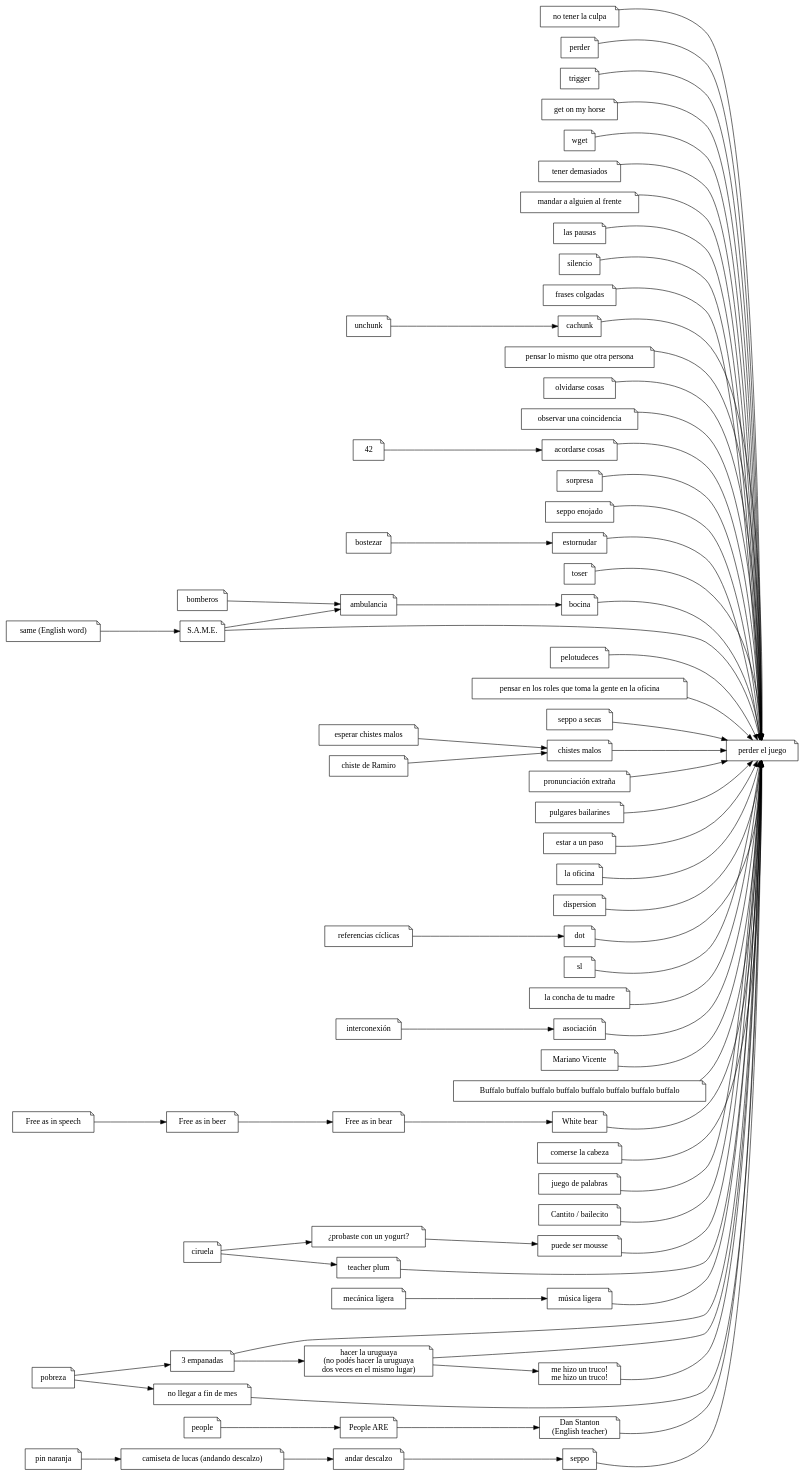
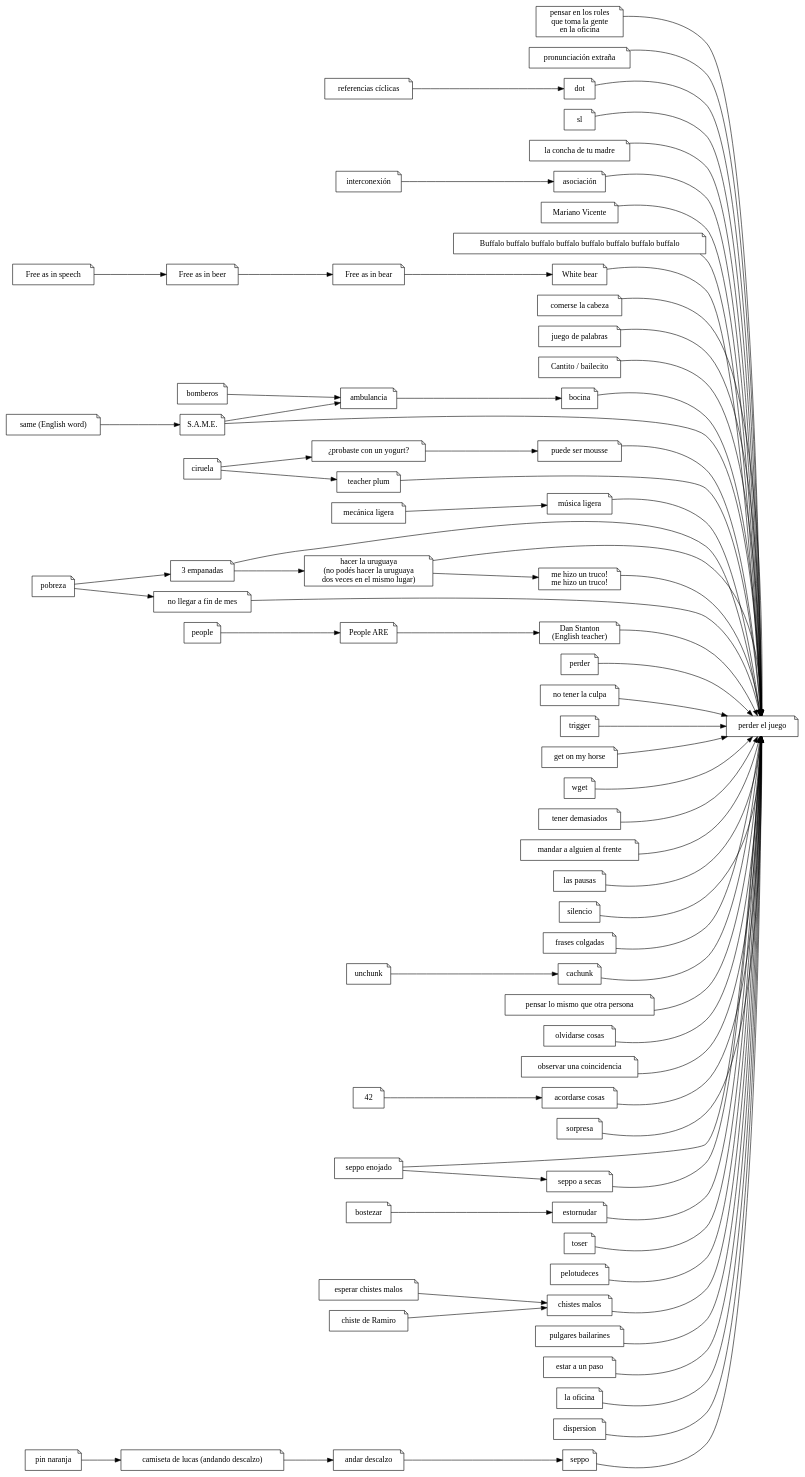
One commit to ramiror/ilostthegame changed the diagram in ilostthegame.dot. Above: the diagram before and after it, drawn with Graphviz. The commit also changed 2 other files, not shown here.

```diff
--- a/ilostthegame.dot
+++ b/ilostthegame.dot
@@ -1,137 +1,102 @@
 digraph
 {
     rankdir="LR"
     node [shape="note"]
 
     pej [label="perder el juego"]
-    "no tener la culpa"
-    "perder"
-    "trigger"
-    "get on my horse"
-    "wget"
-    "tener demasiados"
-    "mandar a alguien al frente"
-    "las pausas"
-    "silencio"
-    "frases colgadas"
-    "cachunk"
-    "pensar lo mismo que otra persona"
-    "olvidarse cosas"
-    "observar una coincidencia"
-    "acordarse cosas"
-    "sorpresa"
-    "seppo enojado"
-    "estornudar"
-    "toser"
-    "bocina"
-    "pelotudeces"
-    roles [label="pensar en los roles que toma la gente en la oficina"]
-    "seppo a secas"
-    "bostezar"
-    "chistes malos"
+    roles [label="pensar en los roles\nque toma la gente\nen la oficina"]
     pe [label="pronunciación extraña"]
-    "pulgares bailarines"
-    "estar a un paso"
-    "la oficina"
-    "dispersion"
-    "ambulancia"
-    "esperar chistes malos"
-    "chiste de Ramiro"
-    "unchunk"
-    "andar descalzo"
-    "pin naranja"
     dot
     sl
     rc [label="referencias cíclicas"]
     camiseta [label="camiseta de lucas (andando descalzo)"]
     lcdtm [label="la concha de tu madre"]
     bomberos
     int [label="interconexión"]
     asoc [label="asociación"]
     mv [label="Mariano Vicente"]
     buffalo [label="Buffalo buffalo buffalo buffalo buffalo buffalo buffalo buffalo"]
     fais [label="Free as in speech"]
     faib [label="Free as in beer"]
     faibe [label="Free as in bear"]
     wb [label="White bear"]
     comecoco [label="comerse la cabeza"]
     palabras [label="juego de palabras"]
     cantito [label="Cantito / bailecito"]
     same_english [label="same (English word)"]
     same_acronym [label="S.A.M.E."]
     yogurt [label="¿probaste con un yogurt?"]
     mousse [label="puede ser mousse"]
     teacher_plum [label="teacher plum"]
     meli [label="mecánica ligera"]
     muli [label="música ligera"]
     pobreza [label="pobreza"]
     emp3 [label="3 empanadas"]
     nomes [label="no llegar a fin de mes"]
     uruguaya [label="hacer la uruguaya\n(no podés hacer la uruguaya\ndos veces en el mismo lugar)"]
     truco [label="me hizo un truco!\nme hizo un truco!"]
-    people
     people_are [label="People ARE"]
     dan_stanton [label="Dan Stanton\n(English teacher)"]
 
-    "perder"                            -> pej
+    perder                              -> pej
     "no tener la culpa"                 -> pej
-    "trigger"                           -> pej
+    trigger                             -> pej
     "get on my horse"                   -> pej
-    "wget"                              -> pej
+    wget                                -> pej
     "tener demasiados"                  -> pej
     "mandar a alguien al frente"        -> pej
     "las pausas"                        -> pej
-    "silencio"                          -> pej
+    silencio                            -> pej
     "frases colgadas"                   -> pej
-    "cachunk"                           -> pej
+    cachunk                             -> pej
     "pensar lo mismo que otra persona"  -> pej
     "olvidarse cosas"                   -> pej
     "observar una coincidencia"         -> pej
     "acordarse cosas"                   -> pej
-    "sorpresa"                          -> pej
+    sorpresa                            -> pej
     "seppo enojado"                     -> pej
-    "estornudar"                        -> pej
-    "toser"                             -> pej
-    "bocina"                            -> pej
-    "pelotudeces"                       -> pej
+    estornudar                          -> pej
+    toser                               -> pej
+    bocina                              -> pej
+    pelotudeces                         -> pej
     roles -> pej
-    "seppo a secas"                     -> pej
+    "seppo enojado" -> "seppo a secas"  -> pej
     "chistes malos"                     -> pej
     pe                                  -> pej
     "pulgares bailarines"               -> pej
     "estar a un paso"                   -> pej
     "la oficina"                        -> pej
     "dispersion"                        -> pej
-    "seppo"                             -> pej
+    seppo                               -> pej
     lcdtm                               -> pej
     asoc                                -> pej
     mv                                  -> pej
     dot                                 -> pej
     sl                                  -> pej
     buffalo                             -> pej
     comecoco                            -> pej
     palabras                            -> pej
 
     bomberos -> "ambulancia" -> "bocina"
     "esperar chistes malos" -> "chistes malos"
     "chiste de Ramiro" -> "chistes malos"
     "unchunk" -> "cachunk"
     "andar descalzo" -> "seppo"
     "pin naranja" -> camiseta -> "andar descalzo"
     int -> asoc
     "bostezar" -> estornudar
     42 -> "acordarse cosas"
     rc -> dot
     fais -> faib -> faibe -> wb         -> pej
     cantito                             -> pej
     same_english -> same_acronym        -> pej
     same_acronym -> ambulancia
     ciruela -> yogurt -> mousse         -> pej
     ciruela -> teacher_plum             -> pej
     meli -> muli                        -> pej
     pobreza -> emp3                     -> pej
     pobreza -> nomes                    -> pej
     emp3 -> uruguaya                    -> pej
     uruguaya -> truco                   -> pej
     people -> people_are -> dan_stanton -> pej
 }
```
